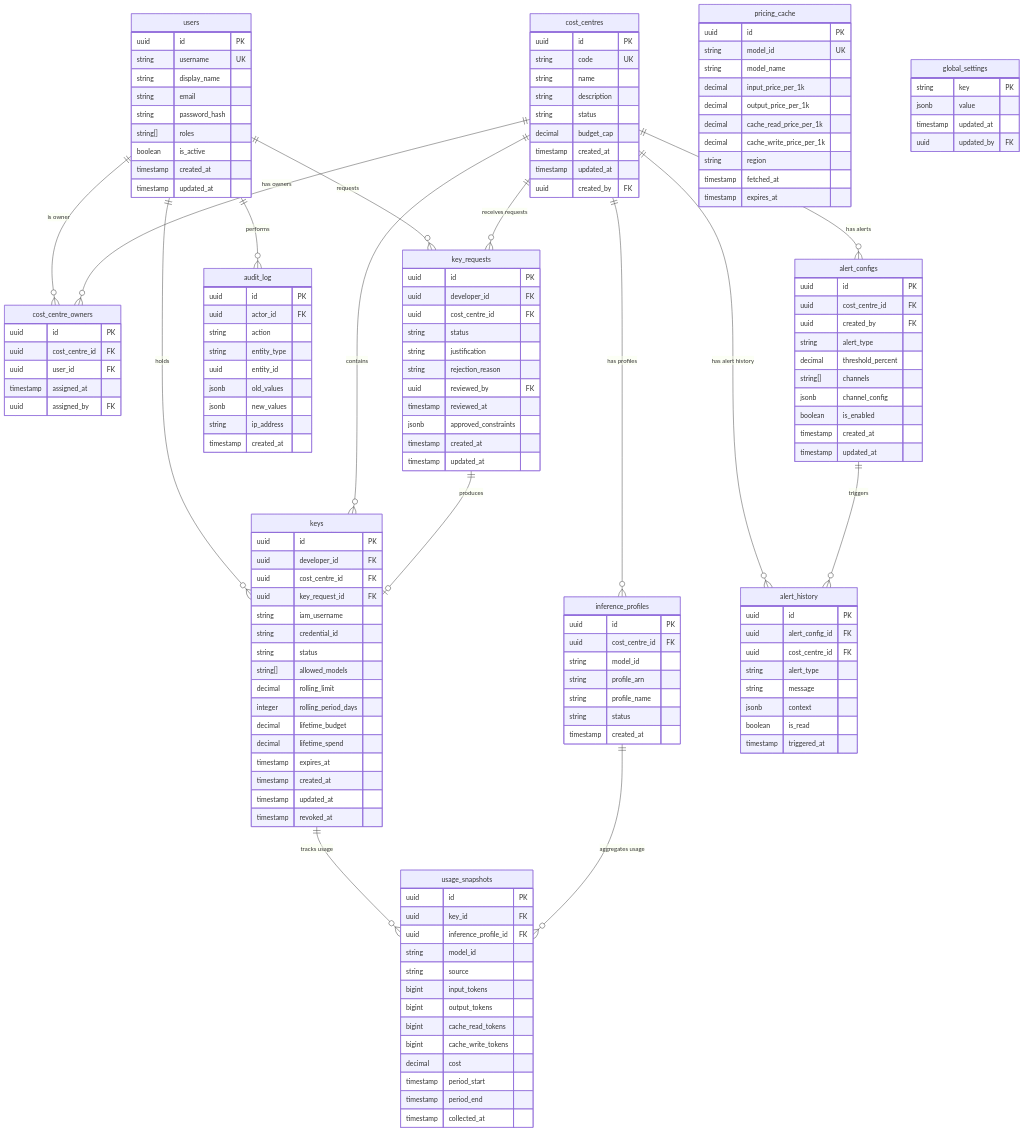
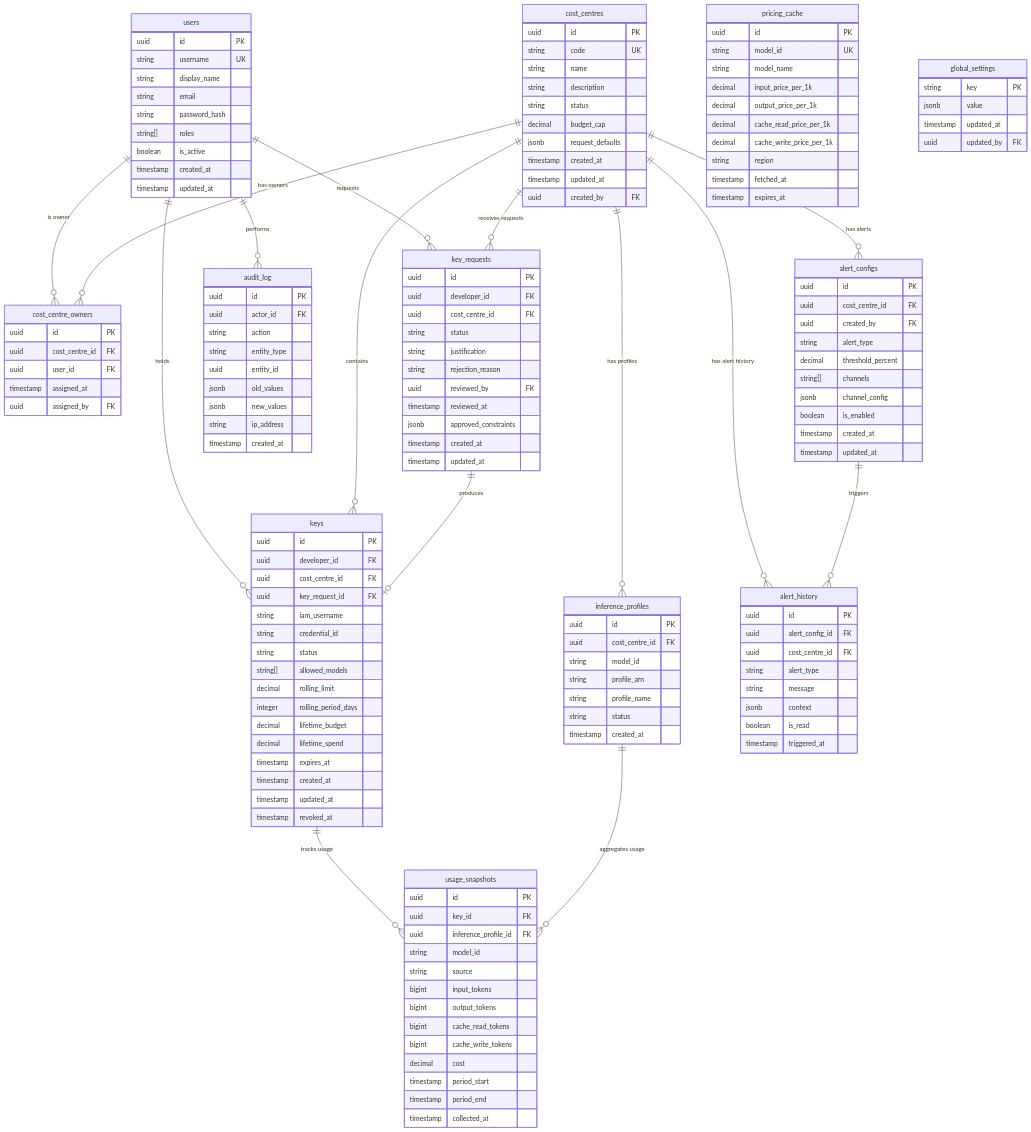
The diagram in docs/data-model.md (leewsimpson/claude-aws-manager), drawn with Mermaid before and after one commit. The commit also changed other lines of this file and 49 other files, not shown here.

First line of the commit message:
Add CC request defaults, usage pages, role-based home, and Pages landing site

```diff
--- a/docs/data-model.md
+++ b/docs/data-model.md
@@ -46,6 +46,7 @@
         string description
         string status
         decimal budget_cap
+        jsonb request_defaults
         timestamp created_at
         timestamp updated_at
         uuid created_by FK
```
